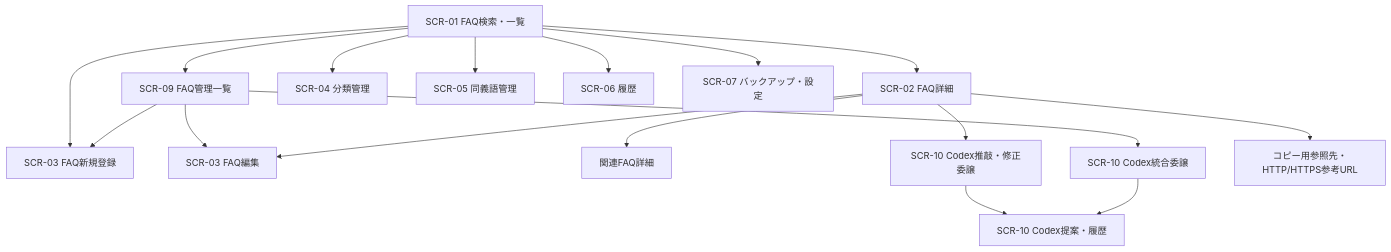
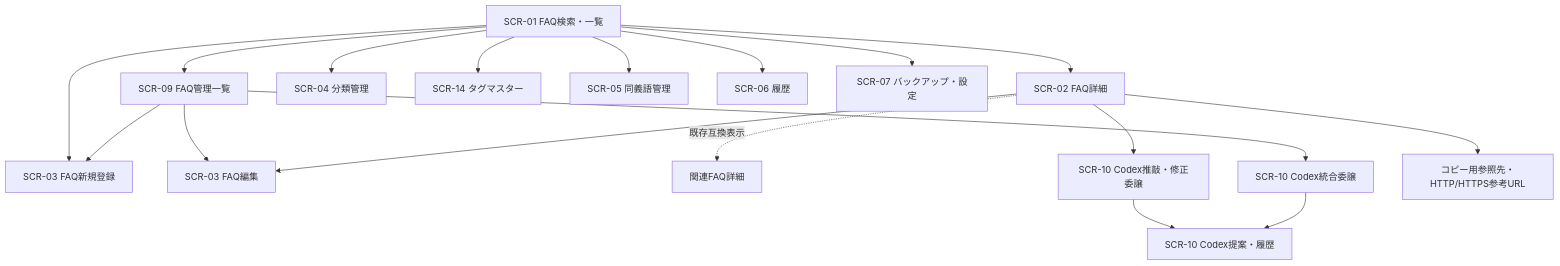
The third of 9 diagrams in FAQシステム基本設計書.md (yknk1015/local-knowledge-app), drawn with Mermaid before and after one commit. The commit also changed other lines of this file and 66 other files, not shown here.

````diff
--- a/FAQシステム基本設計書.md
+++ b/FAQシステム基本設計書.md
@@ -362,19 +394,20 @@
 ```mermaid
 flowchart TD
     S["SCR-01 FAQ検索・一覧"] --> D["SCR-02 FAQ詳細"]
     S --> A["SCR-09 FAQ管理一覧"]
     S --> E["SCR-03 FAQ新規登録"]
     A --> E
     A --> E2["SCR-03 FAQ編集"]
     D --> E2
-    D --> D2["関連FAQ詳細"]
+    D -. 既存互換表示 .-> D2["関連FAQ詳細"]
     S --> C["SCR-04 分類管理"]
+    S --> T["SCR-14 タグマスター"]
     S --> Y["SCR-05 同義語管理"]
     S --> H["SCR-06 履歴"]
     S --> B["SCR-07 バックアップ・設定"]
     D --> X["SCR-10 Codex推敲・修正委譲"]
     A --> X2["SCR-10 Codex統合委譲"]
     X --> P["SCR-10 Codex提案・履歴"]
     X2 --> P
     D --> R["コピー用参照先・HTTP/HTTPS参考URL"]
 ```
````
